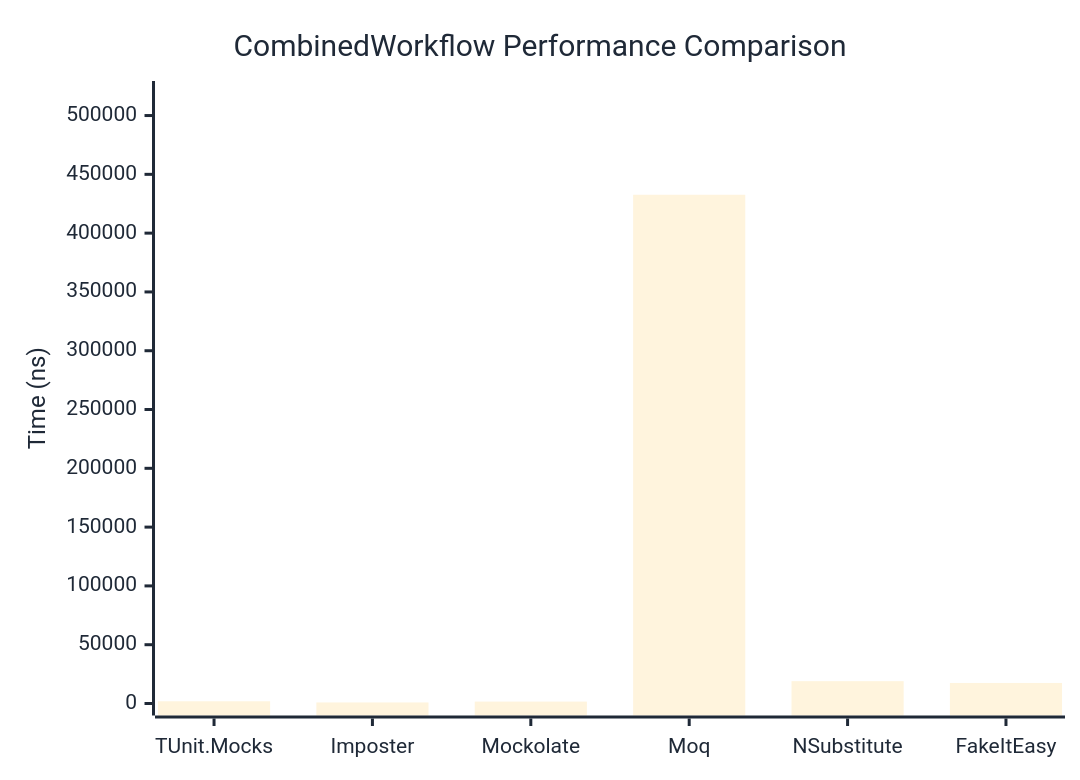
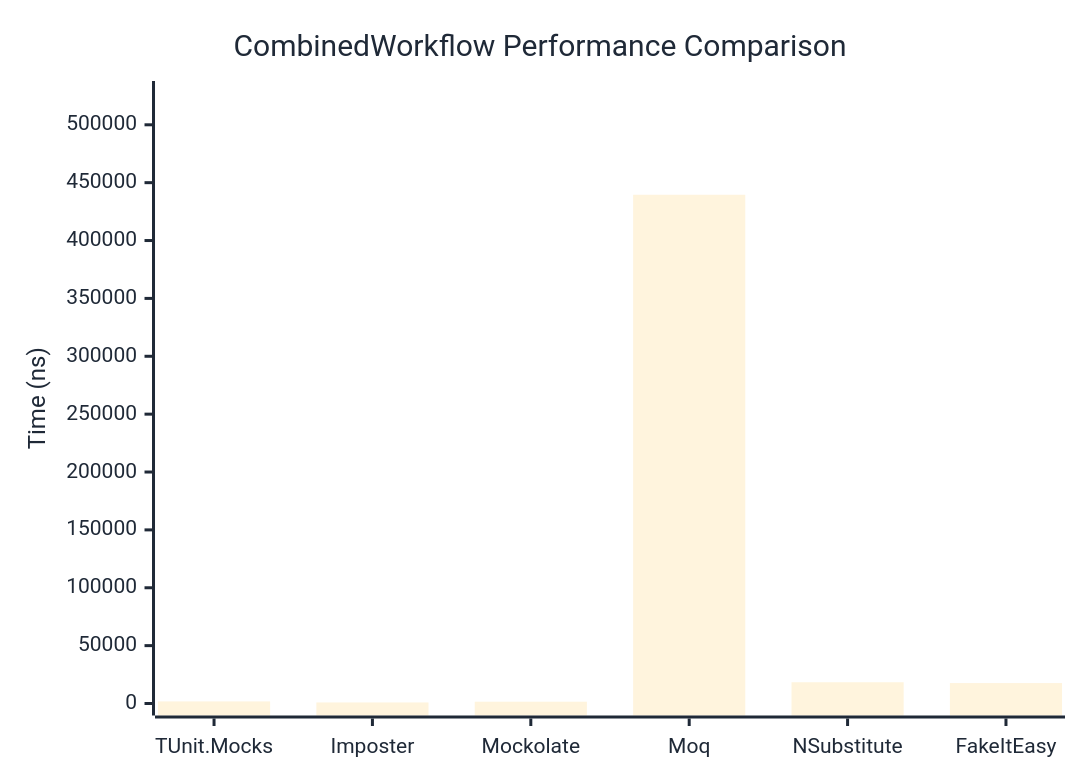
The diagram in docs/docs/benchmarks/mocks/CombinedWorkflow.md (thomhurst/TUnit), drawn with Mermaid before and after one commit. The commit also changed other lines of this file and 14 other files, not shown here.

````diff
--- a/docs/docs/benchmarks/mocks/CombinedWorkflow.md
+++ b/docs/docs/benchmarks/mocks/CombinedWorkflow.md
@@ -30,27 +30,27 @@
 ```mermaid
 %%{init: {
   'theme':'base',
   'themeVariables': {
     'primaryColor': '#2563eb',
     'primaryTextColor': '#1f2937',
     'primaryBorderColor': '#1e40af',
     'lineColor': '#6b7280',
     'secondaryColor': '#7c3aed',
     'tertiaryColor': '#dc2626',
     'background': '#ffffff',
     'pie1': '#2563eb',
     'pie2': '#7c3aed',
     'pie3': '#dc2626',
     'pie4': '#f59e0b',
     'pie5': '#10b981',
     'pie6': '#06b6d4',
     'pie7': '#ec4899',
     'pie8': '#6366f1'
   }
 }}%%
 xychart-beta
   title "CombinedWorkflow Performance Comparison"
   x-axis ["TUnit.Mocks", "Imposter", "Mockolate", "Moq", "NSubstitute", "FakeItEasy"]
-  y-axis "Time (ns)" 0 --> 519174
-  bar [1902.9, 886.3, 1626.5, 432644.3, 18987.6, 17472.6]
+  y-axis "Time (ns)" 0 --> 527471
+  bar [1810.6, 901.2, 1559.9, 439558.4, 18353.9, 17659.1]
 ```
````
